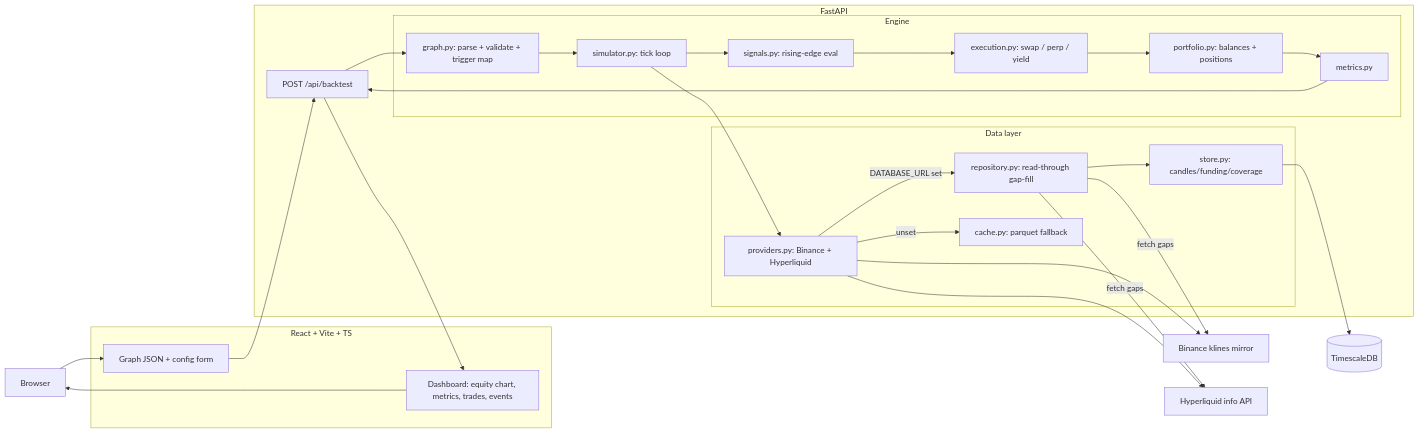
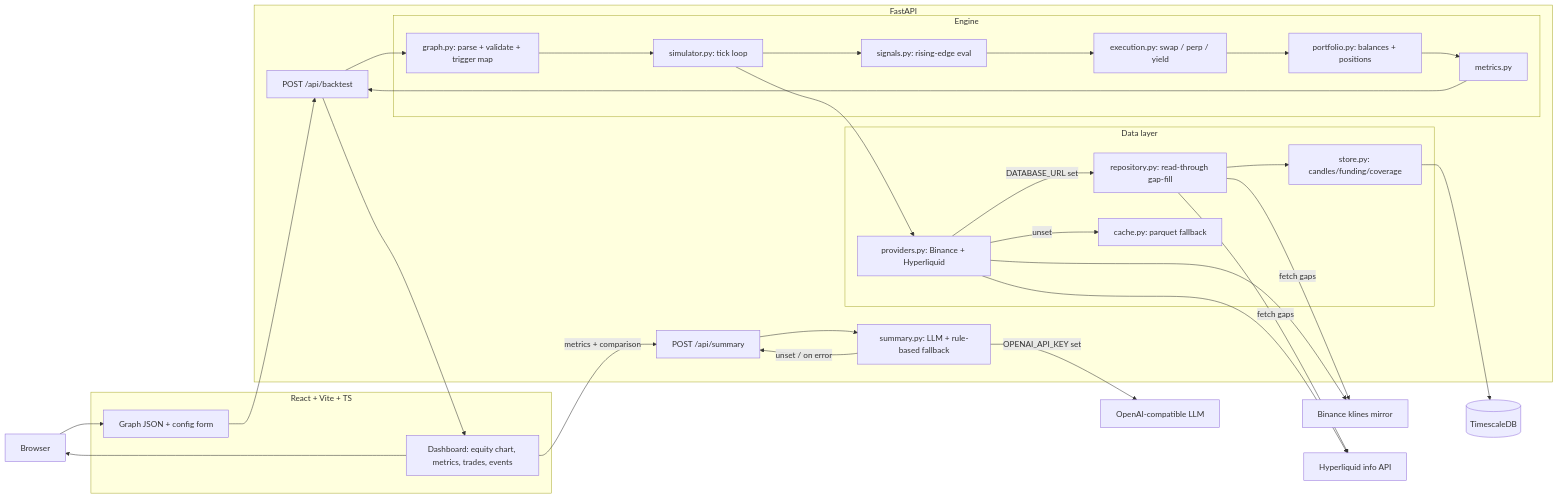
Before and after one commit to liyifan5923013/catalyst-backtester: the second of 3 diagrams in docs/DESIGN.md, drawn with Mermaid. The commit also changed other lines of this file and 1 other file, not shown here.

Commit message:
Docs: update one-pager + design doc for comparison and AI summary features

````diff
--- a/docs/DESIGN.md
+++ b/docs/DESIGN.md
@@ -104,38 +106,44 @@
 ```mermaid
 flowchart LR
   user[Browser]
   subgraph fe [React + Vite + TS]
     form[Graph JSON + config form]
     dash[Dashboard: equity chart, metrics, trades, events]
   end
   subgraph be [FastAPI]
     api["POST /api/backtest"]
+    sumapi["POST /api/summary"]
+    sum[summary.py: LLM + rule-based fallback]
     subgraph engine [Engine]
       parser[graph.py: parse + validate + trigger map]
       sim[simulator.py: tick loop]
       sig[signals.py: rising-edge eval]
       exe[execution.py: swap / perp / yield]
       pf[portfolio.py: balances + positions]
       met[metrics.py]
     end
     subgraph data [Data layer]
       prov[providers.py: Binance + Hyperliquid]
       repo[repository.py: read-through gap-fill]
       store[store.py: candles/funding/coverage]
       cache[cache.py: parquet fallback]
     end
   end
   binance[Binance klines mirror]
   hl[Hyperliquid info API]
   ts[(TimescaleDB)]
+  llm[OpenAI-compatible LLM]
 
   user --> form --> api --> parser --> sim
   sim --> sig --> exe --> pf --> met --> api --> dash --> user
   sim --> prov
   prov -->|"DATABASE_URL set"| repo --> store --> ts
   prov -->|"unset"| cache
   repo -->|fetch gaps| binance
   repo -->|fetch gaps| hl
   prov --> binance
   prov --> hl
+  dash -->|metrics + comparison| sumapi --> sum
+  sum -->|"OPENAI_API_KEY set"| llm
+  sum -->|"unset / on error"| sumapi
 ```
````
